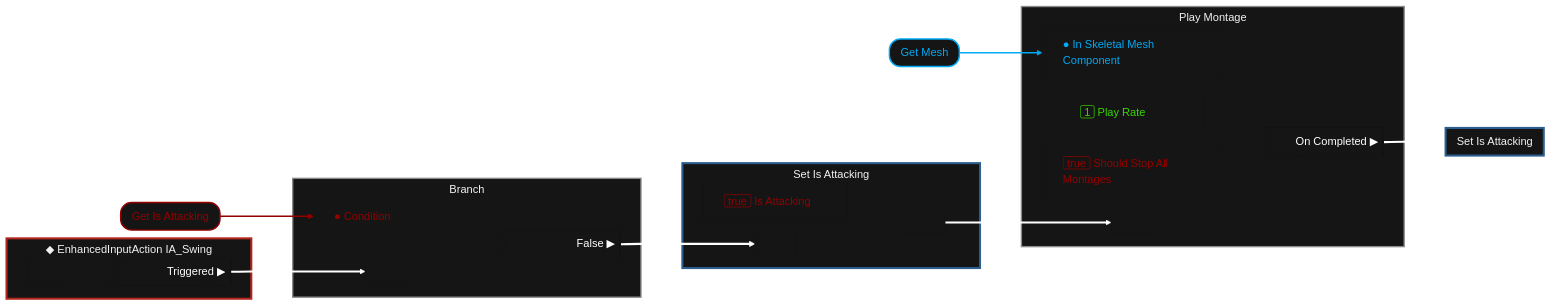
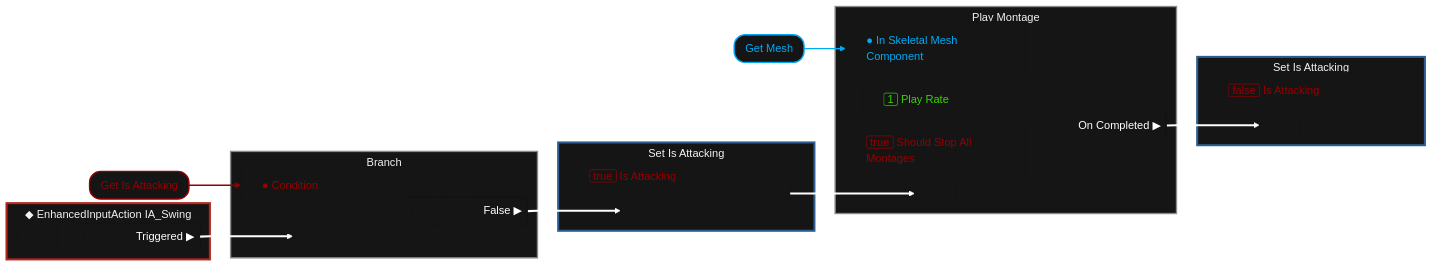
One commit to RicoP/Unreal-Class2026 changed the diagram in Doc/commits/20261112_162737/graph/transient/Game/ThirdPerson/Blueprints/BP_ThirdPersonCharacter.mmd. Above: the diagram before and after it, drawn with Mermaid. The commit also changed 15 other files, not shown here.

First line of the commit message:
Re-render the diagrams of steps 9 and 10

```diff
--- a/Doc/commits/20261112_162737/graph/transient/Game/ThirdPerson/Blueprints/BP_ThirdPersonCharacter.mmd
+++ b/Doc/commits/20261112_162737/graph/transient/Game/ThirdPerson/Blueprints/BP_ThirdPersonCharacter.mmd
@@ -1,86 +1,91 @@
 ---
 config:
   look: classic
   themeCSS: "g.node *, g.cluster * { filter: none !important; }"
   flowchart:
     curve: monotoneX
-    nodeSpacing: 20
-    rankSpacing: 60
+    nodeSpacing: 8
+    rankSpacing: 30
     subGraphTitleMargin:
       top: 4
       bottom: 4
 ---
 flowchart LR
 
     subgraph N_EventGraph_K2Node_EnhancedInputAction_2["◆ EnhancedInputAction IA_Swing"]
         N_EventGraph_K2Node_EnhancedInputAction_2_anchor_in[" "]
         N_EventGraph_K2Node_EnhancedInputAction_2_Triggered>"<span style='display:inline-block;min-width:150px;text-align:right'>Triggered ▶</span>"]
     end
     subgraph N_EventGraph_K2Node_VariableGet_2["Get Is Attacking"]
     end
     subgraph N_EventGraph_K2Node_IfThenElse_0["Branch"]
         N_EventGraph_K2Node_IfThenElse_0_anchor_in[" "]
         N_EventGraph_K2Node_IfThenElse_0_Condition["<span style='display:inline-block;min-width:150px;text-align:left'>● Condition</span>"]
         N_EventGraph_K2Node_IfThenElse_0_else>"<span style='display:inline-block;min-width:150px;text-align:right'>False ▶</span>"]
     end
     subgraph N_EventGraph_K2Node_VariableGet_4["Get Mesh"]
     end
     subgraph N_EventGraph_K2Node_VariableSet_1["Set Is Attacking"]
         N_EventGraph_K2Node_VariableSet_1_anchor_in[" "]
         N_EventGraph_K2Node_VariableSet_1_anchor_out[" "]
         N_EventGraph_K2Node_VariableSet_1_Is_Attacking["<span style='display:inline-block;min-width:150px;text-align:left'><span style='border:1px solid currentColor;border-radius:3px;padding:0 5px'>true</span> Is Attacking</span>"]
     end
     subgraph N_EventGraph_K2Node_PlayMontage_0["Play Montage"]
         N_EventGraph_K2Node_PlayMontage_0_anchor_in[" "]
         N_EventGraph_K2Node_PlayMontage_0_InSkeletalMeshComponent["<span style='display:inline-block;min-width:150px;text-align:left'>● In Skeletal Mesh Component</span>"]
         N_EventGraph_K2Node_PlayMontage_0_PlayRate["<span style='display:inline-block;min-width:150px;text-align:left'><span style='border:1px solid currentColor;border-radius:3px;padding:0 5px'>1</span> Play Rate</span>"]
         N_EventGraph_K2Node_PlayMontage_0_bShouldStopAllMontages["<span style='display:inline-block;min-width:150px;text-align:left'><span style='border:1px solid currentColor;border-radius:3px;padding:0 5px'>true</span> Should Stop All Montages</span>"]
         N_EventGraph_K2Node_PlayMontage_0_OnCompleted>"<span style='display:inline-block;min-width:150px;text-align:right'>On Completed ▶</span>"]
     end
     subgraph N_EventGraph_K2Node_VariableSet_2["Set Is Attacking"]
+        N_EventGraph_K2Node_VariableSet_2_anchor_in[" "]
+        N_EventGraph_K2Node_VariableSet_2_anchor_out[" "]
+        N_EventGraph_K2Node_VariableSet_2_Is_Attacking["<span style='display:inline-block;min-width:150px;text-align:left'><span style='border:1px solid currentColor;border-radius:3px;padding:0 5px'>false</span> Is Attacking</span>"]
     end
 
     %% Wires
     N_EventGraph_K2Node_EnhancedInputAction_2_Triggered ==> N_EventGraph_K2Node_IfThenElse_0_anchor_in
     N_EventGraph_K2Node_VariableGet_2 --> N_EventGraph_K2Node_IfThenElse_0_Condition
     N_EventGraph_K2Node_IfThenElse_0_else ==> N_EventGraph_K2Node_VariableSet_1_anchor_in
     N_EventGraph_K2Node_VariableGet_4 --> N_EventGraph_K2Node_PlayMontage_0_InSkeletalMeshComponent
     N_EventGraph_K2Node_VariableSet_1_anchor_out ==> N_EventGraph_K2Node_PlayMontage_0_anchor_in
-    N_EventGraph_K2Node_PlayMontage_0_OnCompleted ==> N_EventGraph_K2Node_VariableSet_2
+    N_EventGraph_K2Node_PlayMontage_0_OnCompleted ==> N_EventGraph_K2Node_VariableSet_2_anchor_in
 
     %% Keep inputs left of outputs inside each node
     N_EventGraph_K2Node_EnhancedInputAction_2_anchor_in ~~~ N_EventGraph_K2Node_EnhancedInputAction_2_Triggered
     N_EventGraph_K2Node_IfThenElse_0_Condition ~~~ N_EventGraph_K2Node_IfThenElse_0_else
     N_EventGraph_K2Node_IfThenElse_0_anchor_in ~~~ N_EventGraph_K2Node_IfThenElse_0_else
     N_EventGraph_K2Node_VariableSet_1_Is_Attacking ~~~ N_EventGraph_K2Node_VariableSet_1_anchor_out
     N_EventGraph_K2Node_VariableSet_1_anchor_in ~~~ N_EventGraph_K2Node_VariableSet_1_anchor_out
     N_EventGraph_K2Node_PlayMontage_0_InSkeletalMeshComponent ~~~ N_EventGraph_K2Node_PlayMontage_0_OnCompleted
     N_EventGraph_K2Node_PlayMontage_0_PlayRate ~~~ N_EventGraph_K2Node_PlayMontage_0_OnCompleted
     N_EventGraph_K2Node_PlayMontage_0_bShouldStopAllMontages ~~~ N_EventGraph_K2Node_PlayMontage_0_OnCompleted
     N_EventGraph_K2Node_PlayMontage_0_anchor_in ~~~ N_EventGraph_K2Node_PlayMontage_0_OnCompleted
+    N_EventGraph_K2Node_VariableSet_2_Is_Attacking ~~~ N_EventGraph_K2Node_VariableSet_2_anchor_out
+    N_EventGraph_K2Node_VariableSet_2_anchor_in ~~~ N_EventGraph_K2Node_VariableSet_2_anchor_out
 
     %% Nodes
     style N_EventGraph_K2Node_EnhancedInputAction_2 fill:#151515,stroke:#b3261e,stroke-width:3px,color:#f2f2f2
     style N_EventGraph_K2Node_VariableGet_2 fill:#151515,stroke:#950000,stroke-width:2px,color:#950000,rx:16px,ry:16px
     style N_EventGraph_K2Node_IfThenElse_0 fill:#151515,stroke:#8a8a8a,stroke-width:2px,color:#f2f2f2
     style N_EventGraph_K2Node_VariableGet_4 fill:#151515,stroke:#00aaf5,stroke-width:2px,color:#00aaf5,rx:16px,ry:16px
     style N_EventGraph_K2Node_VariableSet_1 fill:#151515,stroke:#2b5d8f,stroke-width:3px,color:#f2f2f2
     style N_EventGraph_K2Node_PlayMontage_0 fill:#151515,stroke:#8a8a8a,stroke-width:2px,color:#f2f2f2
     style N_EventGraph_K2Node_VariableSet_2 fill:#151515,stroke:#2b5d8f,stroke-width:3px,color:#f2f2f2
 
     %% Pins
     classDef pin_anchor fill:#151515,stroke:#151515,color:#151515
     classDef pin_boolean fill:#151515,stroke:#151515,color:#950000
     classDef pin_exec fill:#151515,stroke:#151515,color:#ffffff
     classDef pin_float fill:#151515,stroke:#151515,color:#38d500
     classDef pin_object fill:#151515,stroke:#151515,color:#00aaf5
-    class N_EventGraph_K2Node_EnhancedInputAction_2_anchor_in,N_EventGraph_K2Node_IfThenElse_0_anchor_in,N_EventGraph_K2Node_VariableSet_1_anchor_in,N_EventGraph_K2Node_VariableSet_1_anchor_out,N_EventGraph_K2Node_PlayMontage_0_anchor_in pin_anchor
-    class N_EventGraph_K2Node_IfThenElse_0_Condition,N_EventGraph_K2Node_VariableSet_1_Is_Attacking,N_EventGraph_K2Node_PlayMontage_0_bShouldStopAllMontages pin_boolean
+    class N_EventGraph_K2Node_EnhancedInputAction_2_anchor_in,N_EventGraph_K2Node_IfThenElse_0_anchor_in,N_EventGraph_K2Node_VariableSet_1_anchor_in,N_EventGraph_K2Node_VariableSet_1_anchor_out,N_EventGraph_K2Node_PlayMontage_0_anchor_in,N_EventGraph_K2Node_VariableSet_2_anchor_in,N_EventGraph_K2Node_VariableSet_2_anchor_out pin_anchor
+    class N_EventGraph_K2Node_IfThenElse_0_Condition,N_EventGraph_K2Node_VariableSet_1_Is_Attacking,N_EventGraph_K2Node_PlayMontage_0_bShouldStopAllMontages,N_EventGraph_K2Node_VariableSet_2_Is_Attacking pin_boolean
     class N_EventGraph_K2Node_EnhancedInputAction_2_Triggered,N_EventGraph_K2Node_IfThenElse_0_else,N_EventGraph_K2Node_PlayMontage_0_OnCompleted pin_exec
     class N_EventGraph_K2Node_PlayMontage_0_PlayRate pin_float
     class N_EventGraph_K2Node_PlayMontage_0_InSkeletalMeshComponent pin_object
 
     %% Wire colours (dimmed and dashed between two nodes that aren't part of the change)
     linkStyle 1 stroke:#950000,stroke-width:2px
     linkStyle 0,2,4,5 stroke:#ffffff,stroke-width:3px
     linkStyle 3 stroke:#00aaf5,stroke-width:2px
```
